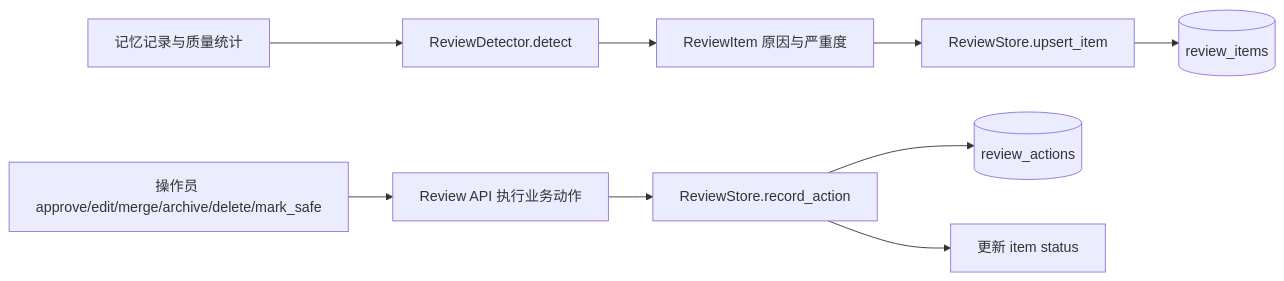
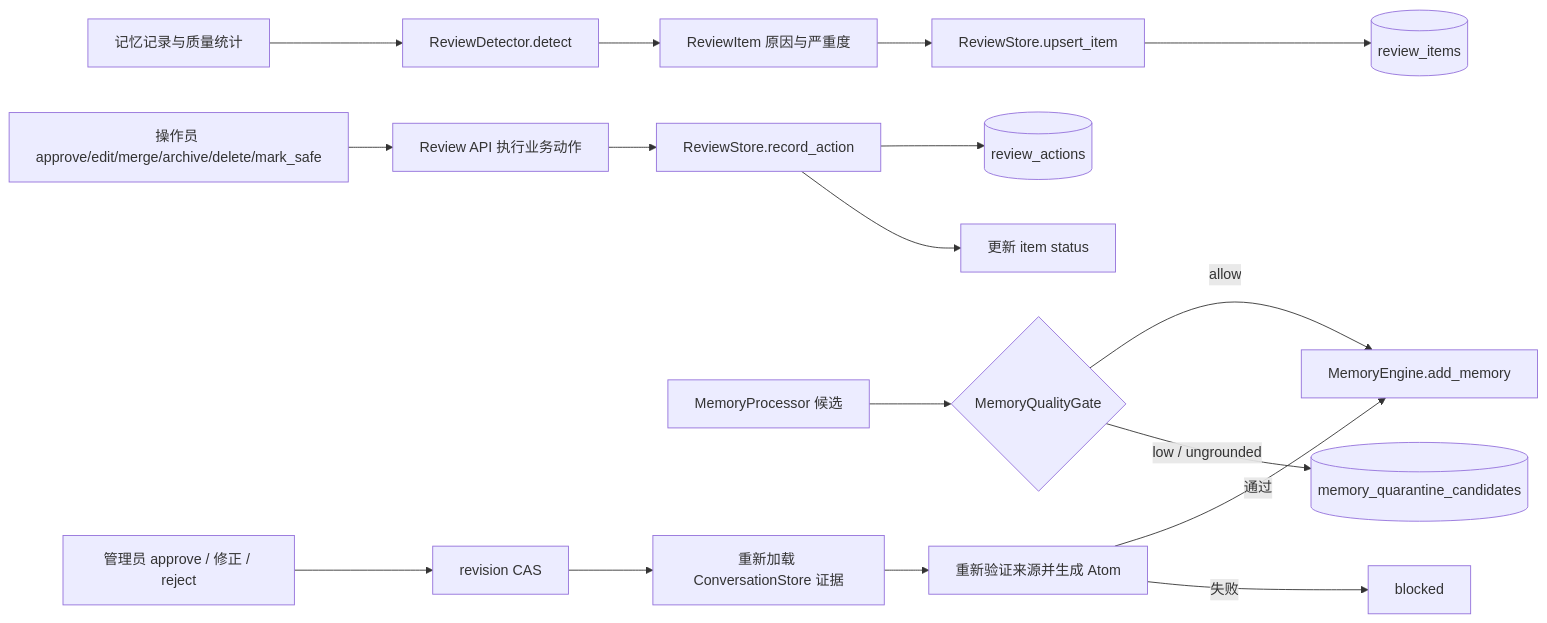
One commit to INSide-734/astrbot_plugin_memora changed the diagram in core/review/AGENTS.md. Above: the diagram before and after it, drawn with Mermaid. The commit also changed other lines of this file and 28 other files, not shown here.

Commit message:
fix(quality): quarantine ungrounded memory candidates

````diff
--- a/core/review/AGENTS.md
+++ b/core/review/AGENTS.md
@@ -13,11 +13,19 @@
 ```mermaid
 flowchart LR
     A[记忆记录与质量统计] --> B[ReviewDetector.detect]
     B --> C[ReviewItem 原因与严重度]
     C --> D[ReviewStore.upsert_item]
     D --> E[(review_items)]
     F[操作员 approve/edit/merge/archive/delete/mark_safe] --> G[Review API 执行业务动作]
     G --> H[ReviewStore.record_action]
     H --> I[(review_actions)]
     H --> J[更新 item status]
+    K[MemoryProcessor 候选] --> L{MemoryQualityGate}
+    L -->|allow| M[MemoryEngine.add_memory]
+    L -->|low / ungrounded| N[(memory_quarantine_candidates)]
+    O[管理员 approve / 修正 / reject] --> P[revision CAS]
+    P --> Q[重新加载 ConversationStore 证据]
+    Q --> R[重新验证来源并生成 Atom]
+    R -->|通过| M
+    R -->|失败| S[blocked]
 ```
````
